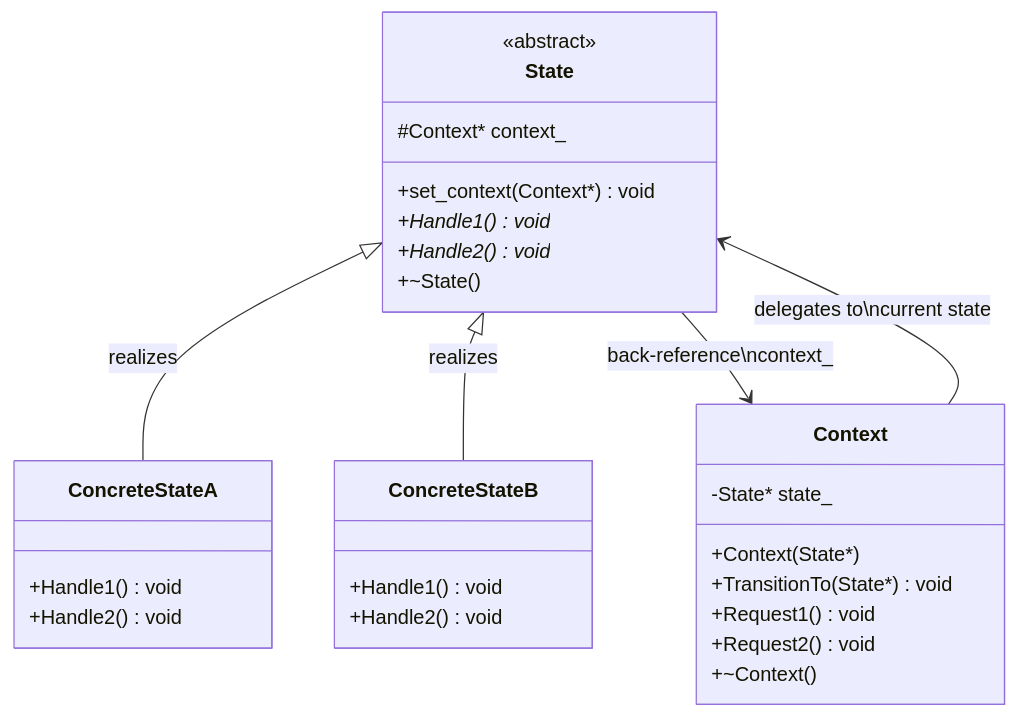
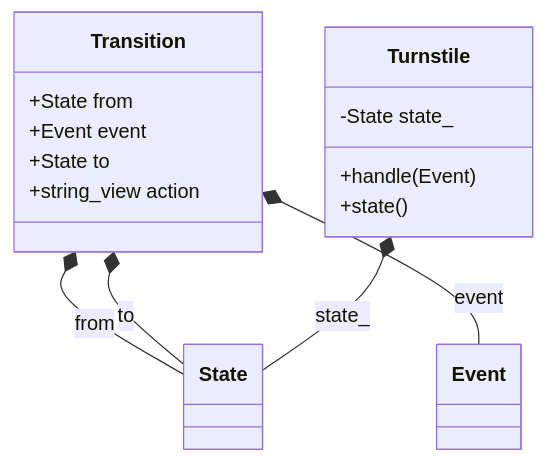
The diagram in 07_DesignPatterns/01_BehavioralPatterns/06_State/04_StateMachineExample/README.md (Apisteftos/QtTutorialCpp), drawn with Mermaid before and after one commit. The commit also changed other lines of this file and 50 other files, not shown here.

````diff
--- a/07_DesignPatterns/01_BehavioralPatterns/06_State/04_StateMachineExample/README.md
+++ b/07_DesignPatterns/01_BehavioralPatterns/06_State/04_StateMachineExample/README.md
@@ -38,35 +41,22 @@
 ```mermaid
 classDiagram
     class State {
-        <<abstract>>
-        #Context* context_
-        +set_context(Context*) void
-        +Handle1()* void
-        +Handle2()* void
-        +~State()
     }
-
-    class ConcreteStateA {
-        +Handle1() void
-        +Handle2() void
+    class Event {
     }
-
-    class ConcreteStateB {
-        +Handle1() void
-        +Handle2() void
+    class Transition {
+        +State from
+        +Event event
+        +State to
+        +string_view action
     }
-
-    class Context {
-        -State* state_
-        +Context(State*)
-        +TransitionTo(State*) void
-        +Request1() void
-        +Request2() void
-        +~Context()
+    class Turnstile {
+        -State state_
+        +handle(Event)
+        +state()
     }
-
-    State <|-- ConcreteStateA : realizes
-    State <|-- ConcreteStateB : realizes
-    Context --> State : delegates to\ncurrent state
-    State --> Context : back-reference\ncontext_
+    Transition *-- State : from
+    Transition *-- Event : event
+    Transition *-- State : to
+    Turnstile *-- State : state_
 ```
````
